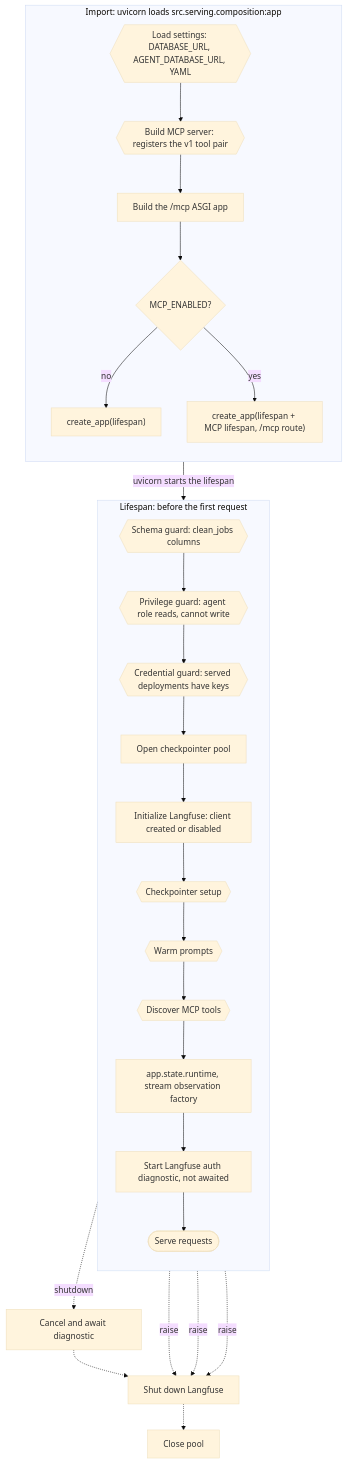
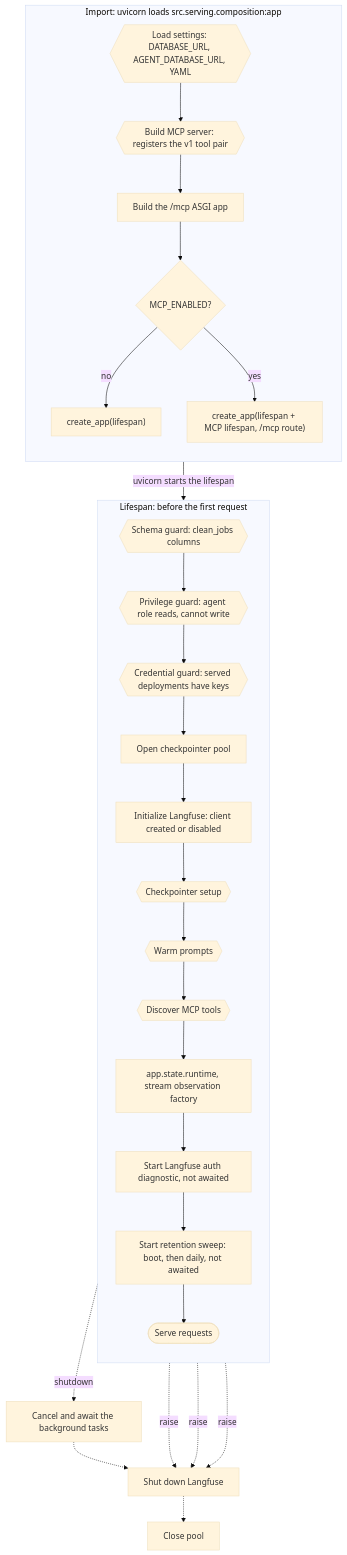
One commit to Park-Hip/InternHunterAgent changed the diagram in docs/modules/composition.md. Above: the diagram before and after it, drawn with Mermaid (base theme). The commit also changed other lines of this file and 13 other files, not shown here.

````diff
--- a/docs/modules/composition.md
+++ b/docs/modules/composition.md
@@ -54,30 +55,31 @@
 ```mermaid
 flowchart TD
     subgraph IMPORT["Import: uvicorn loads src.serving.composition:app"]
         direction TB
         I0{{"Load settings: DATABASE_URL, AGENT_DATABASE_URL, YAML"}} --> I2{{"Build MCP server: registers the v1 tool pair"}}
         I2 --> I3["Build the /mcp ASGI app"]
         I3 --> I4{"MCP_ENABLED?"}
         I4 -->|no| A1["create_app(lifespan)"]
         I4 -->|yes| A2["create_app(lifespan + MCP lifespan, /mcp route)"]
     end
     subgraph LIFESPAN["Lifespan: before the first request"]
         direction TB
         L2{{"Schema guard: clean_jobs columns"}}
         L2 --> L3{{"Privilege guard: agent role reads, cannot write"}}
         L3 --> L4{{"Credential guard: served deployments have keys"}}
         L4 --> L5["Open checkpointer pool"]
         L5 --> L5B["Initialize Langfuse: client created or disabled"]
         L5B --> L6{{"Checkpointer setup"}}
         L6 --> L7{{"Warm prompts"}}
         L7 --> L8{{"Discover MCP tools"}}
         L8 --> L9["app.state.runtime, stream observation factory"]
         L9 --> L10["Start Langfuse auth diagnostic, not awaited"]
-        L10 --> SERVE(["Serve requests"])
+        L10 --> L11["Start retention sweep: boot, then daily, not awaited"]
+        L11 --> SERVE(["Serve requests"])
     end
     IMPORT -->|"uvicorn starts the lifespan"| LIFESPAN
-    SERVE -.->|shutdown| T1["Cancel and await diagnostic"]
+    SERVE -.->|shutdown| T1["Cancel and await the background tasks"]
     T1 -.-> T2["Shut down Langfuse"]
     T2 -.-> T3["Close pool"]
     L6 & L7 & L8 -.->|raise| T2
 ```
````
